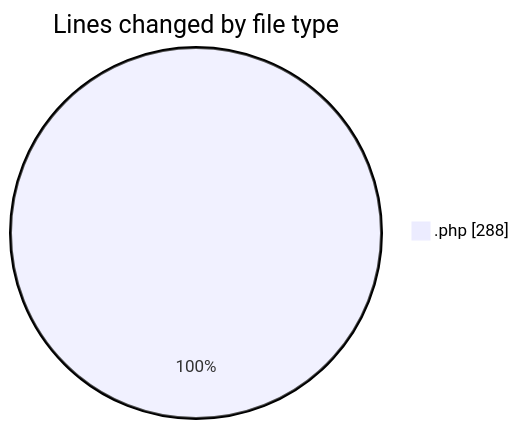
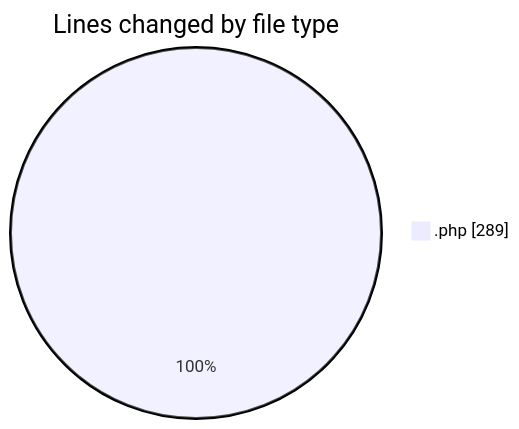
One commit to LanceThiago/code-tracking changed the first of 2 diagrams in 2025-10-31/memoria/README.md. Above: the diagram before and after it, drawn with Mermaid. The commit also changed other lines of this file and 1 other file, not shown here.

````diff
--- a/2025-10-31/memoria/README.md
+++ b/2025-10-31/memoria/README.md
@@ -20,5 +20,5 @@
 ```mermaid
 pie showData
 title Lines changed by file type
-".php" : 288
+".php" : 289
 ```
````
